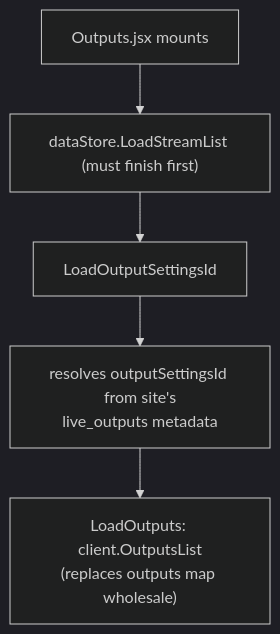
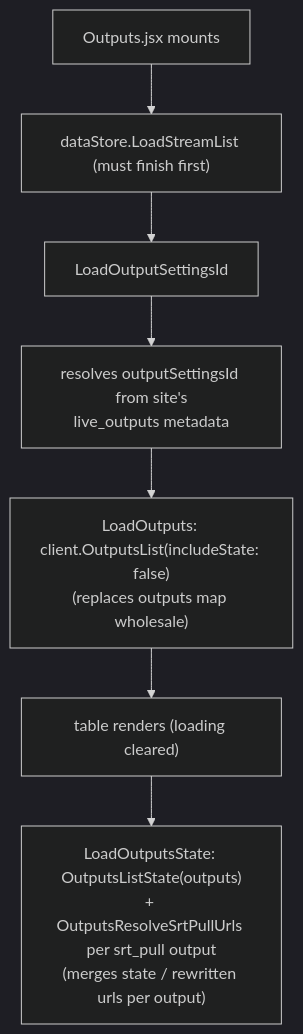
One commit to eluv-io/elv-live-stream changed the first of 5 diagrams in docs/diagrams/output-lifecycle.md. Above: the diagram before and after it, drawn with Mermaid (dark theme). The commit also changed other lines of this file and 4 other files, not shown here.

Commit message:
Split output state from output list fetch

````diff
--- a/docs/diagrams/output-lifecycle.md
+++ b/docs/diagrams/output-lifecycle.md
@@ -7,7 +7,9 @@
 ```mermaid
 flowchart TD
     A[Outputs.jsx mounts] --> B["dataStore.LoadStreamList (must finish first)"]
     B --> C[LoadOutputSettingsId]
     C --> D["resolves outputSettingsId from site's<br/>live_outputs metadata"]
-    D --> E["LoadOutputs: client.OutputsList<br/>(replaces outputs map wholesale)"]
+    D --> E["LoadOutputs: client.OutputsList(includeState: false)<br/>(replaces outputs map wholesale)"]
+    E --> F["table renders (loading cleared)"]
+    F --> G["LoadOutputsState: OutputsListState(outputs)<br/>+ OutputsResolveSrtPullUrls per srt_pull output<br/>(merges state / rewritten urls per output)"]
 ```
````
